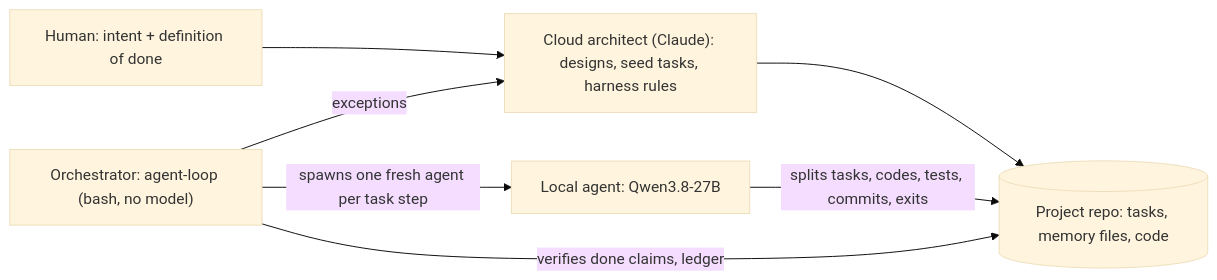
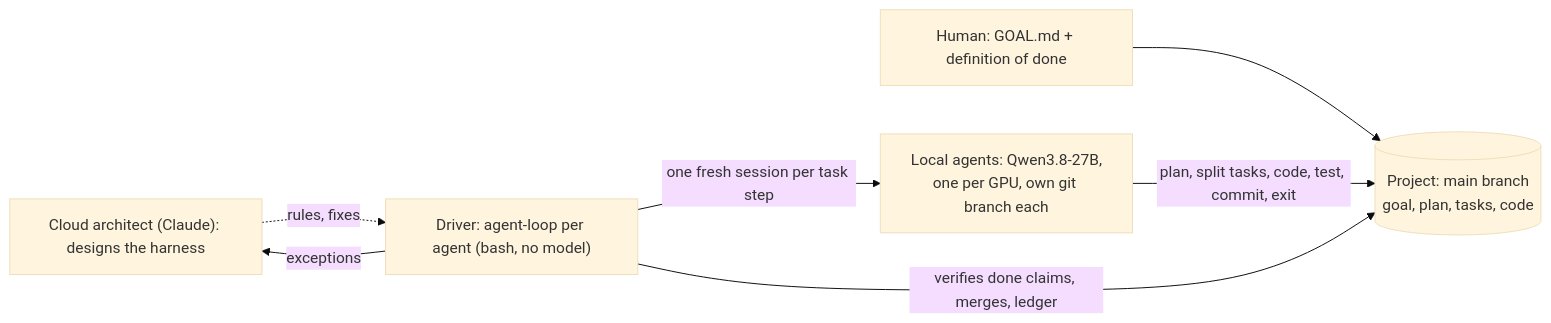
One commit to ethancorn21/Local-AI-Lab changed the diagram in README.md. Above: the diagram before and after it, drawn with Mermaid (base theme). The commit also changed other lines of this file and 6 other files, not shown here.

First line of the commit message:
docs: how-it-works guide; README, architecture and hub refreshed for team mode

````diff
--- a/README.md
+++ b/README.md
@@ -14,9 +18,9 @@
 ```mermaid
 flowchart LR
-    H["Human: intent + definition of done"] --> C["Cloud architect (Claude): designs, seed tasks, harness rules"]
-    C --> Q[("Project repo: tasks, memory files, code")]
-    D["Orchestrator: agent-loop (bash, no model)"] -->|spawns one fresh agent per task step| A["Local agent: Qwen3.8-27B"]
-    A -->|splits tasks, codes, tests, commits, exits| Q
-    D -->|verifies done claims, ledger| Q
+    H["Human: GOAL.md + definition of done"] --> Q[("Project: main branch<br/>goal, plan, tasks, code")]
+    C["Cloud architect (Claude): designs the harness"] -.->|rules, fixes| D
+    D["Driver: agent-loop per agent (bash, no model)"] -->|one fresh session per task step| A["Local agents: Qwen3.8-27B,<br/>one per GPU, own git branch each"]
+    A -->|plan, split tasks, code, test, commit, exit| Q
+    D -->|verifies done claims, merges, ledger| Q
     D -->|exceptions| C
 ```
````
